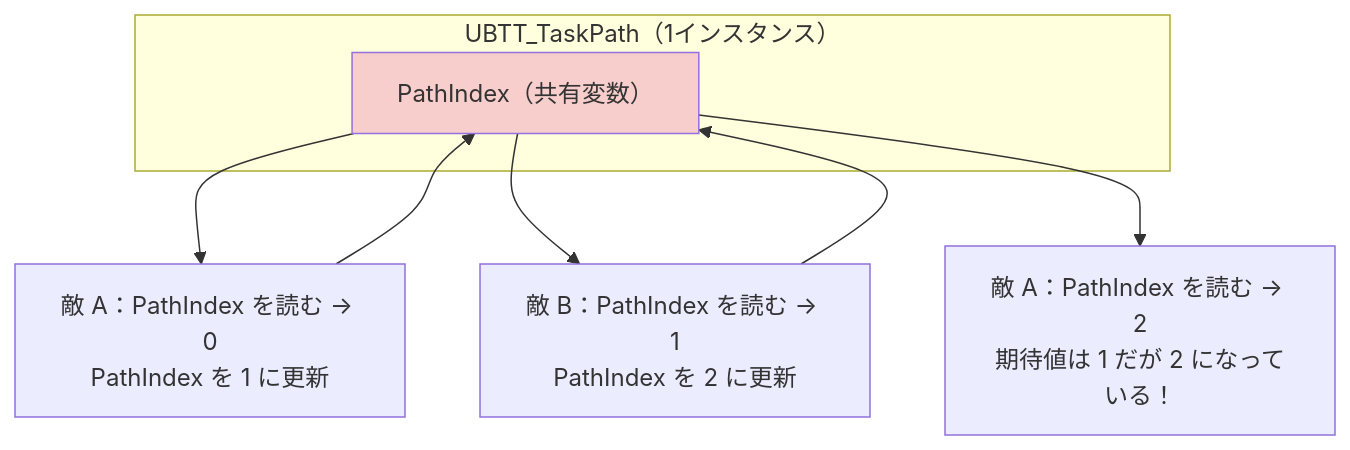
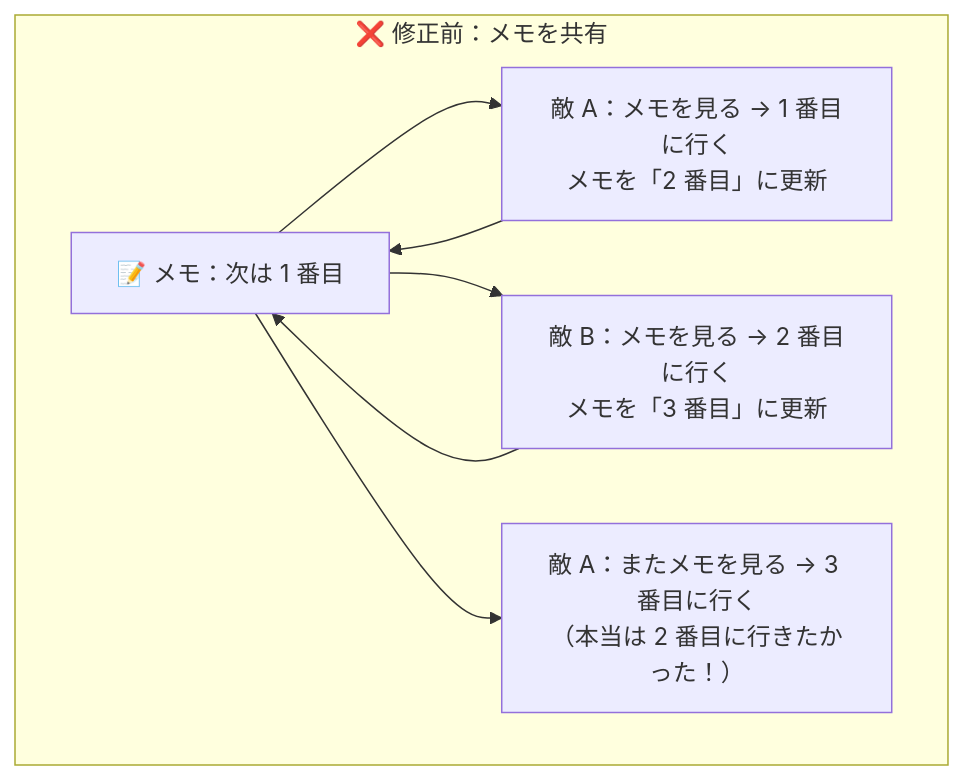
One commit to yu03040/GUNMAN changed the eighth of 9 diagrams in Documentation/AppealPoint.md. Above: the diagram before and after it, drawn with Mermaid. The commit also changed other lines of this file and 2 other files, not shown here.

````diff
--- a/Documentation/AppealPoint.md
+++ b/Documentation/AppealPoint.md
@@ -315,13 +455,12 @@
 ```mermaid
 flowchart TD
-    subgraph 共有タスク["UBTT_TaskPath（1インスタンス）"]
-        PI["PathIndex（共有変数）"]
+    subgraph 修正前["❌ 修正前：メモを共有"]
+        MEMO["📝 メモ：次は 1 番目"]
+        A["敵 A：メモを見る → 1 番目に行く<br>メモを「2 番目」に更新"]
+        B["敵 B：メモを見る → 2 番目に行く<br>メモを「3 番目」に更新"]
+        AA["敵 A：またメモを見る → 3 番目に行く<br>（本当は 2 番目に行きたかった！）"]
+        MEMO --> A --> MEMO
+        MEMO --> B --> MEMO
+        MEMO --> AA
     end
-    E1["敵 A：PathIndex を読む → 0\nPathIndex を 1 に更新"]
-    E2["敵 B：PathIndex を読む → 1\nPathIndex を 2 に更新"]
-    E3["敵 A：PathIndex を読む → 2\n期待値は 1 だが 2 になっている！"]
-    PI --> E1 --> PI
-    PI --> E2 --> PI
-    PI --> E3
-    style PI fill:#f8cecc
 ```
````
